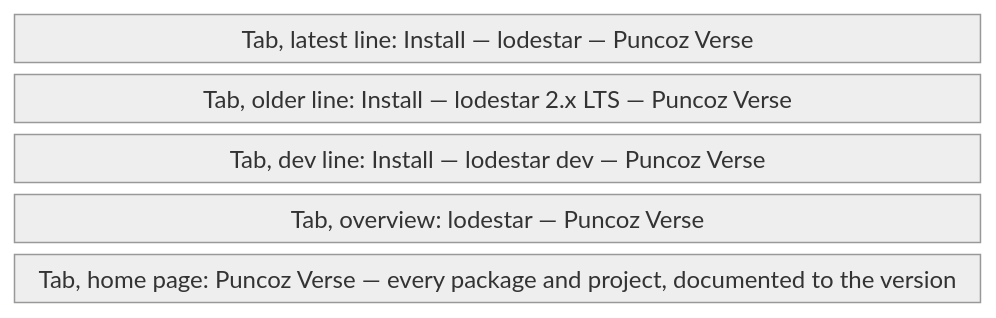
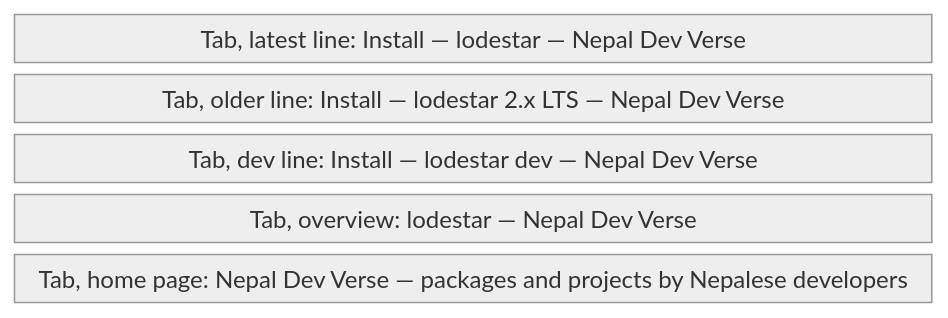
Before and after one commit to nepal-dev-com/docs.nepal-dev.com: the fourth of 6 diagrams in content/docs/maintain/app-flow/search-and-sharing.mdx, drawn with Mermaid (neutral theme). The commit also changed other lines of this file and 145 other files, not shown here.

Commit message:
nepal dev docs

````diff
--- a/content/docs/maintain/app-flow/search-and-sharing.mdx
+++ b/content/docs/maintain/app-flow/search-and-sharing.mdx
@@ -107,9 +107,9 @@
 ```mermaid
 block-beta
   columns 4
-  latest["Tab, latest line: Install — lodestar — Puncoz Verse"]:4
-  older["Tab, older line: Install — lodestar 2.x LTS — Puncoz Verse"]:4
-  dev["Tab, dev line: Install — lodestar dev — Puncoz Verse"]:4
-  overview["Tab, overview: lodestar — Puncoz Verse"]:4
-  home["Tab, home page: Puncoz Verse — every package and project, documented to the version"]:4
+  latest["Tab, latest line: Install — lodestar — Nepal Dev Verse"]:4
+  older["Tab, older line: Install — lodestar 2.x LTS — Nepal Dev Verse"]:4
+  dev["Tab, dev line: Install — lodestar dev — Nepal Dev Verse"]:4
+  overview["Tab, overview: lodestar — Nepal Dev Verse"]:4
+  home["Tab, home page: Nepal Dev Verse — packages and projects by Nepalese developers"]:4
 ```
````
